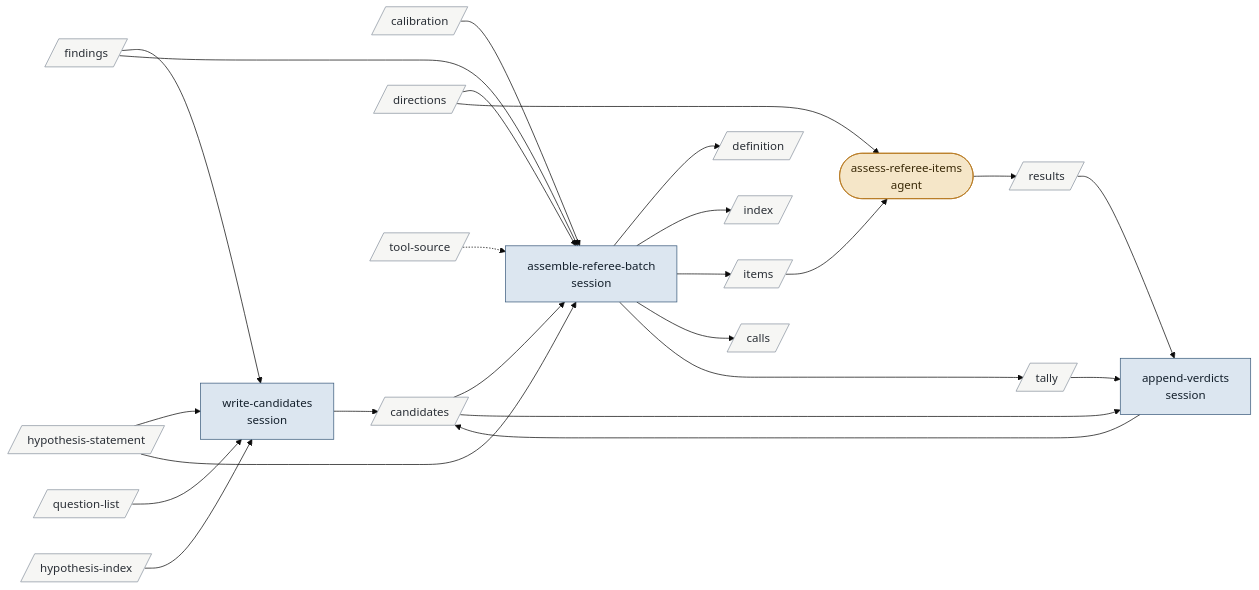
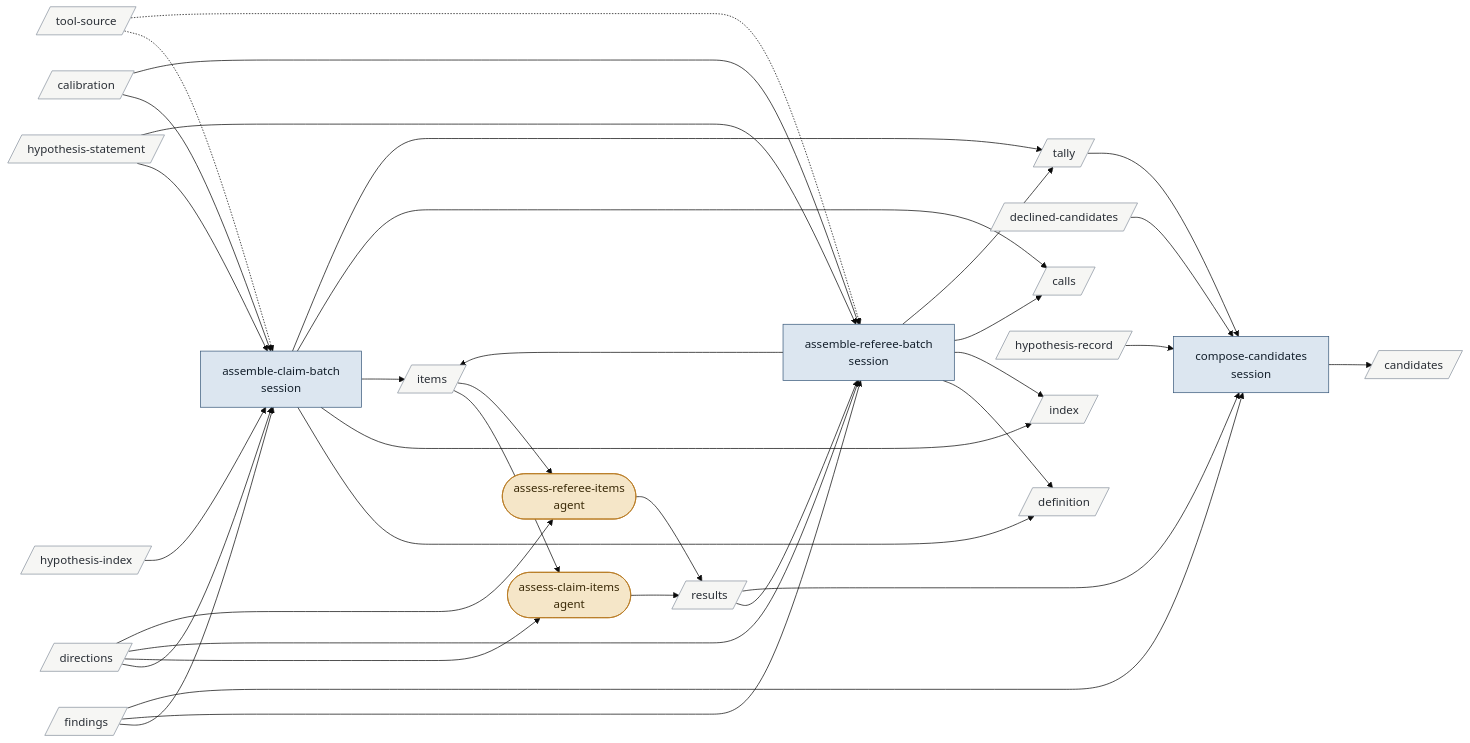
The sixth of 15 diagrams in .claude/skills/v3-buildout-2/map.md (bc414/StoryPlanner), drawn with Mermaid (base theme) before and after one commit. The commit also changed other lines of this file and 18 other files, not shown here.

````diff
--- a/.claude/skills/v3-buildout-2/map.md
+++ b/.claude/skills/v3-buildout-2/map.md
@@ -189,51 +213,64 @@
 ```mermaid
 flowchart LR
   classDef hitl fill:#e9d8e4,stroke:#7a3e6d,color:#2b1a27
   classDef session fill:#dce6f0,stroke:#3b5b7c,color:#14202c
   classDef agent fill:#f5e6c8,stroke:#b7791f,color:#3a2a08
   classDef artifact fill:#f6f6f4,stroke:#8a94a0,color:#2a2f36
   classDef activity fill:#dcebdd,stroke:#4b7f52,color:#122816
   classDef terminus fill:#e4e4ea,stroke:#5b5b7a,color:#1c1c2c
-  writecandidates["write-candidates<br/>session"]:::session
+  assembleclaimbatch["assemble-claim-batch<br/>session"]:::session
+  assessclaimitems(["assess-claim-items<br/>agent"]):::agent
   assemblerefereebatch["assemble-referee-batch<br/>session"]:::session
   assessrefereeitems(["assess-referee-items<br/>agent"]):::agent
-  appendverdicts["append-verdicts<br/>session"]:::session
+  composecandidates["compose-candidates<br/>session"]:::session
   calibration[/"calibration"/]:::artifact
   calls[/"calls"/]:::artifact
   candidates[/"candidates"/]:::artifact
+  declinedcandidates[/"declined-candidates"/]:::artifact
   definition[/"definition"/]:::artifact
   directions[/"directions"/]:::artifact
   findings[/"findings"/]:::artifact
   hypothesisindex[/"hypothesis-index"/]:::artifact
+  hypothesisrecord[/"hypothesis-record"/]:::artifact
   hypothesisstatement[/"hypothesis-statement"/]:::artifact
   index[/"index"/]:::artifact
   items[/"items"/]:::artifact
-  questionlist[/"question-list"/]:::artifact
   results[/"results"/]:::artifact
   tally[/"tally"/]:::artifact
   toolsource[/"tool-source"/]:::artifact
 
-  findings --> writecandidates
-  questionlist --> writecandidates
-  hypothesisstatement --> writecandidates
-  hypothesisindex --> writecandidates
-  writecandidates --> candidates
-  candidates --> assemblerefereebatch
+  findings --> assembleclaimbatch
+  hypothesisstatement --> assembleclaimbatch
+  hypothesisindex --> assembleclaimbatch
+  directions --> assembleclaimbatch
+  calibration --> assembleclaimbatch
+  toolsource -.-> assembleclaimbatch
+  assembleclaimbatch --> definition
+  assembleclaimbatch --> index
+  assembleclaimbatch --> items
+  assembleclaimbatch --> calls
+  assembleclaimbatch --> tally
+  directions --> assessclaimitems
+  items --> assessclaimitems
+  assessclaimitems --> results
+  results --> assemblerefereebatch
   findings --> assemblerefereebatch
   hypothesisstatement --> assemblerefereebatch
   directions --> assemblerefereebatch
   calibration --> assemblerefereebatch
   toolsource -.-> assemblerefereebatch
   assemblerefereebatch --> definition
   assemblerefereebatch --> index
   assemblerefereebatch --> items
   assemblerefereebatch --> calls
   assemblerefereebatch --> tally
   directions --> assessrefereeitems
   items --> assessrefereeitems
   assessrefereeitems --> results
-  tally --> appendverdicts
-  results --> appendverdicts
-  candidates --> appendverdicts
-  appendverdicts --> candidates
+  results --> composecandidates
+  tally --> composecandidates
+  findings --> composecandidates
+  declinedcandidates --> composecandidates
+  hypothesisrecord --> composecandidates
+  composecandidates --> candidates
 ```
````
